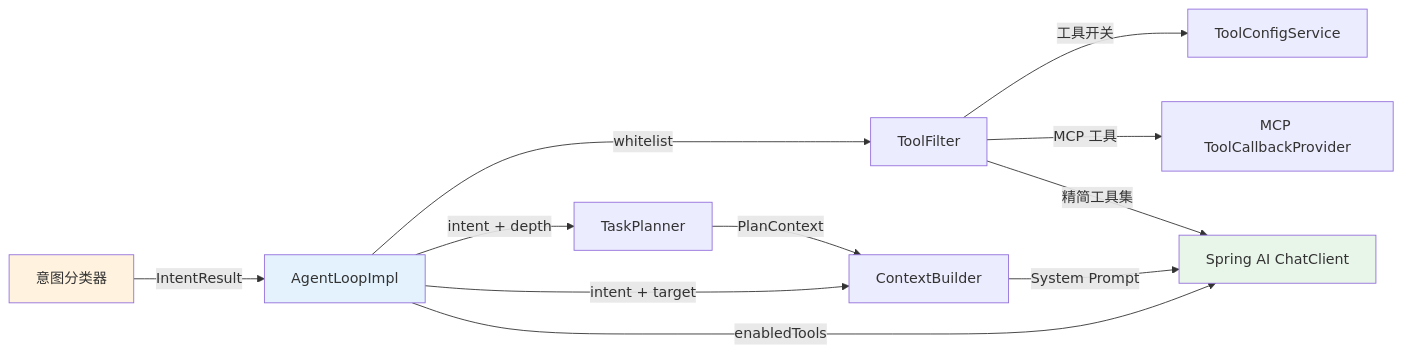
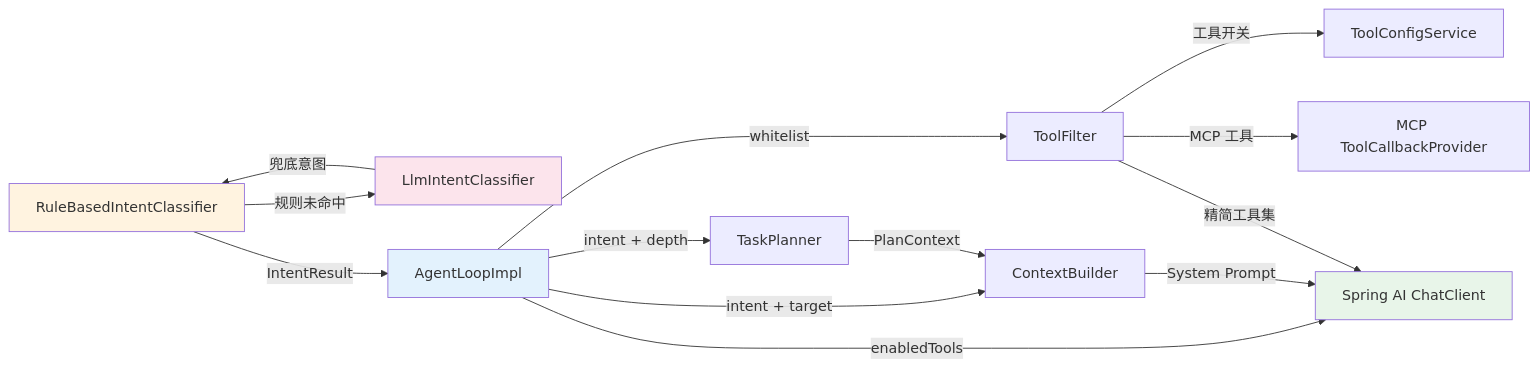
One commit to liukai-code/xiaomo-investment-agent changed the fourth of 4 diagrams in docs/Highlights/03-IntentClassificationAndToolFiltering.md. Above: the diagram before and after it, drawn with Mermaid. The commit also changed other lines of this file and 3 other files, not shown here.

First line of the commit message:
feat: 意图分类混合方案 — 规则优先 + LLM 兜底

````diff
--- a/docs/Highlights/03-IntentClassificationAndToolFiltering.md
+++ b/docs/Highlights/03-IntentClassificationAndToolFiltering.md
@@ -423,19 +490,22 @@
 ```mermaid
 flowchart LR
-    IC[意图分类器] -->|IntentResult| Agent[AgentLoopImpl]
+    IC[RuleBasedIntentClassifier] -->|规则未命中| LLM_IC[LlmIntentClassifier]
+    LLM_IC -->|兜底意图| IC
+    IC -->|IntentResult| Agent[AgentLoopImpl]
     Agent -->|whitelist| TF[ToolFilter]
     Agent -->|intent + depth| TP[TaskPlanner]
     Agent -->|intent + target| CB[ContextBuilder]
     Agent -->|enabledTools| SCC[Spring AI ChatClient]
 
     TF -->|工具开关| TCS[ToolConfigService]
     TF -->|MCP 工具| MCP[MCP ToolCallbackProvider]
     TP -->|PlanContext| CB
 
     CB -->|System Prompt| SCC
     TF -->|精简工具集| SCC
 
     style IC fill:#fff3e0
+    style LLM_IC fill:#fce4ec
     style Agent fill:#e3f2fd
     style SCC fill:#e8f5e9
 ```
````
